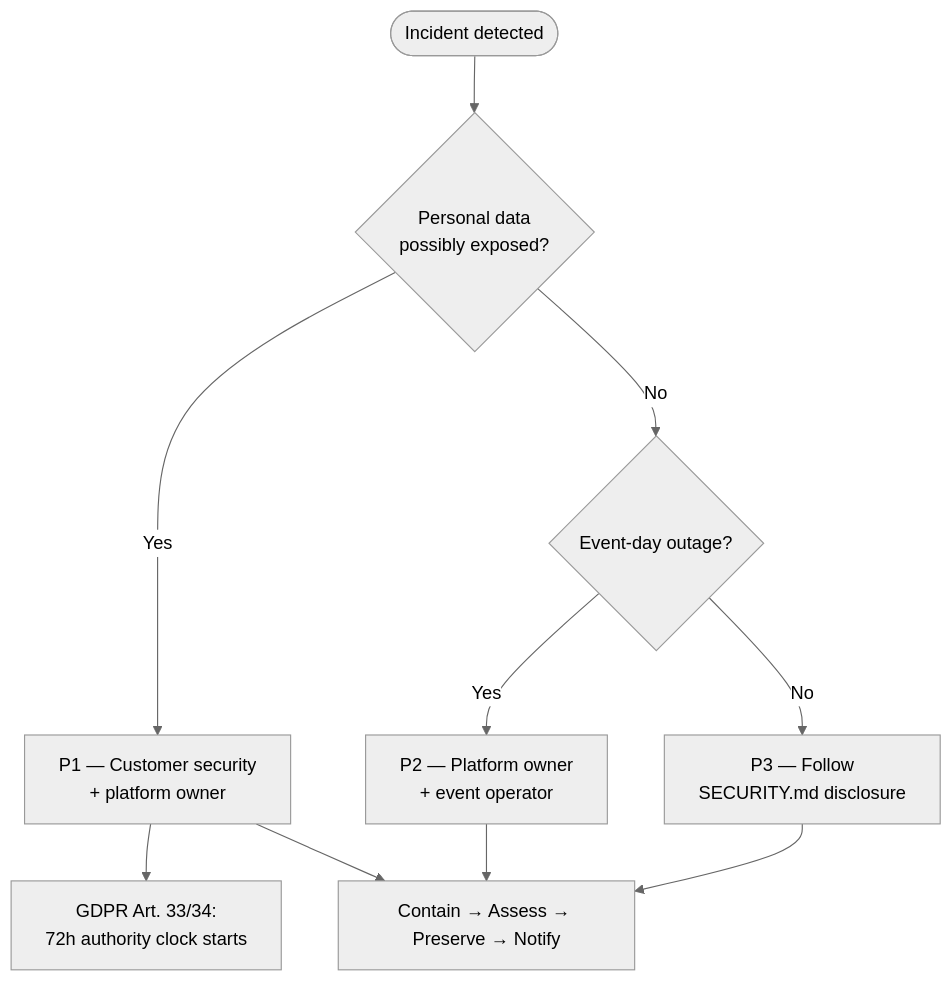
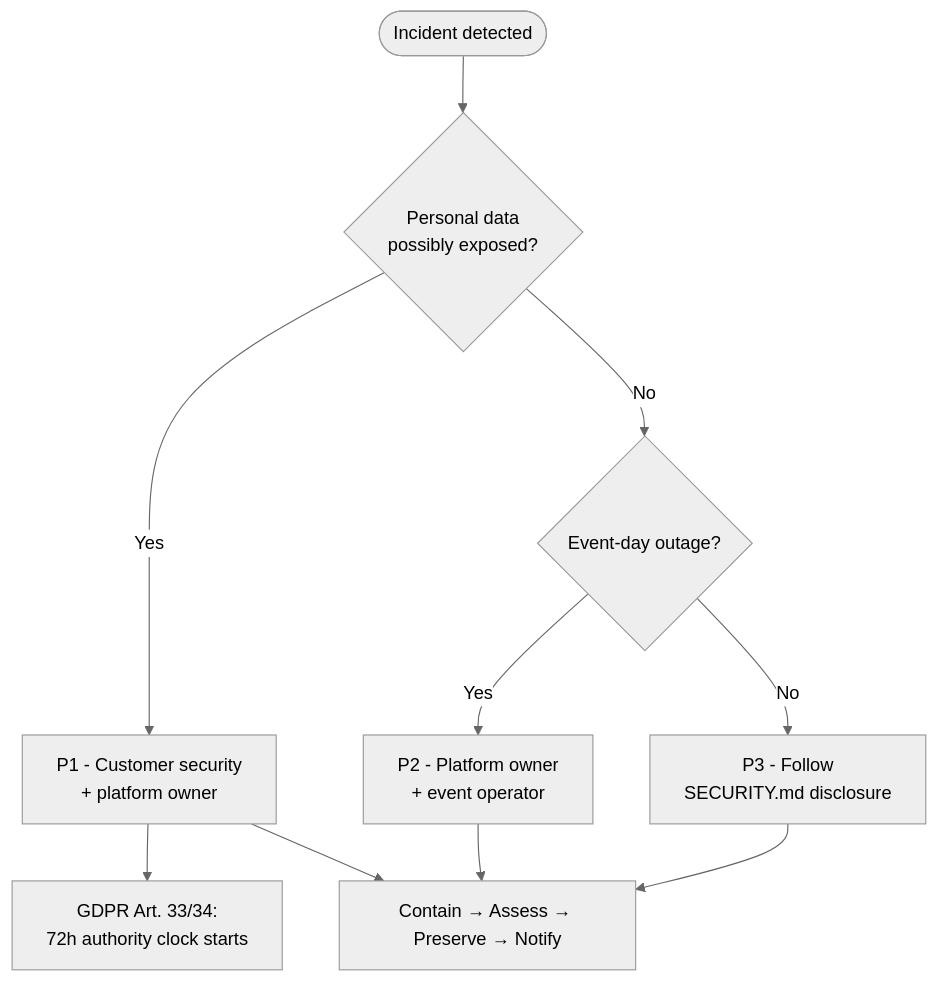
The diagram in docs/security/INCIDENT-RESPONSE.md (solarssk/admitto), drawn with Mermaid (neutral theme) before and after one commit. The commit also changed other lines of this file and 8 other files, not shown here.

````diff
--- a/docs/security/INCIDENT-RESPONSE.md
+++ b/docs/security/INCIDENT-RESPONSE.md
@@ -10,10 +20,10 @@
 ```mermaid
 flowchart TD
     A([Incident detected]) --> B{Personal data\npossibly exposed?}
-    B -- Yes --> C[P1 — Customer security\n+ platform owner]
+    B -- Yes --> C[P1 - Customer security\n+ platform owner]
     C --> D[GDPR Art. 33/34:\n72h authority clock starts]
     B -- No --> E{Event-day outage?}
-    E -- Yes --> F[P2 — Platform owner\n+ event operator]
-    E -- No --> G[P3 — Follow\nSECURITY.md disclosure]
+    E -- Yes --> F[P2 - Platform owner\n+ event operator]
+    E -- No --> G[P3 - Follow\nSECURITY.md disclosure]
     C & F & G --> H[Contain → Assess → Preserve → Notify]
 ```
````
